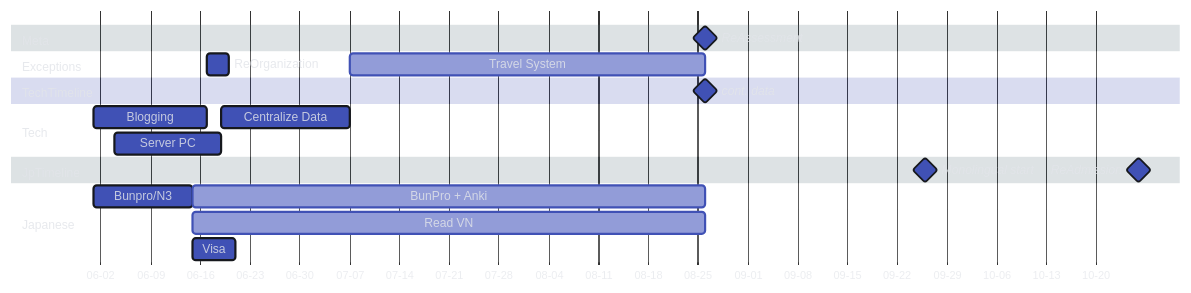
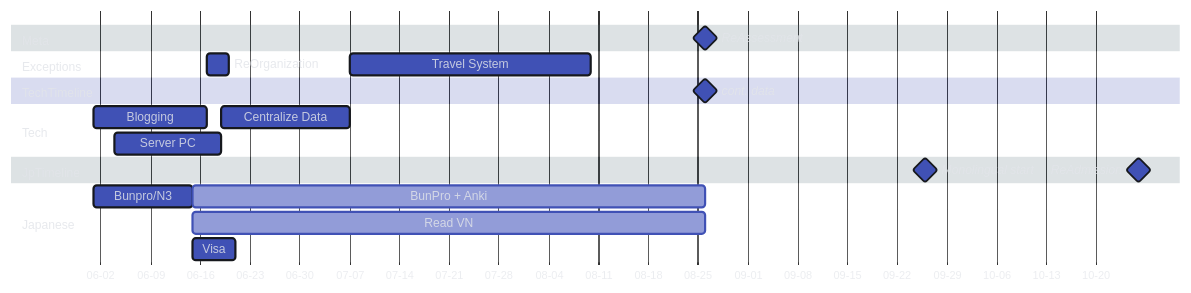
Before and after one commit to Serralq/Project-Norn: the first of 2 diagrams in docs/index.md, drawn with Mermaid.

Commit message:
Finish travel system project

````diff
--- a/docs/index.md
+++ b/docs/index.md
@@ -34,46 +34,46 @@
     ``` mermaid
     ---
     displayMode: compact
     ---
     %%{
       init: {
         'theme': 'base',
         'themeVariables': {
           'darkMode': 'true',
           'fontFamily': 'hermit',
           'primaryColor': '#4051b5',
           'primaryBorderColor': '#16181D',
           'tertiaryColor': '#546d78',
           'tertiaryTextColor': '#E2E4E9D1',
           'textColor': '#E2E4E9D1',
           'noteTextColor': '#E2E4E9D1'
         }
       }
     }%%
     gantt
       dateFormat YY-MM-DD
       axisFormat %m-%d
       tickInterval 1week
       todayMarker stroke-width:3px,stroke:#E2E4E9,opacity:0.5
       section Meta
         ReAssessment              :milestone,  m1, 24-08-26, 0d
       section Exceptions
         ReOrganization            :            m3 , 24-06-17, 24-06-20
-        Travel System             :active,     m4 , 24-07-07, until m1
+        Travel System             :            m4 , 24-07-07, 24-08-10
       section TechTimeline
         cont. data                    :milestone,  t4 , after m1, 0d
       section Tech
         Blogging                  :            t1 , 24-06-01, 24-06-17
         Server PC                 :            t2 , 24-06-04, 24-06-19
         Centralize Data           :            t3 , 24-06-19, 24-07-07
       section JpTimeline
         Monolingual start         :milestone,  j11, 24-09-26, 0d
         ReAdmission               :milestone,  j10, 24-10-26, 0d
       section Japanese
         Bunpro/N3                 :            j1 , 24-06-01, 24-06-15
         BunPro + Anki             :active,     j2 , after j1, until m1
         Read VN                  :active,     j3 , after j1, until m1
         Visa                      :            j4 , 24-06-15, 24-06-21
         %% Futures
       section Stationaries
     ```
````
